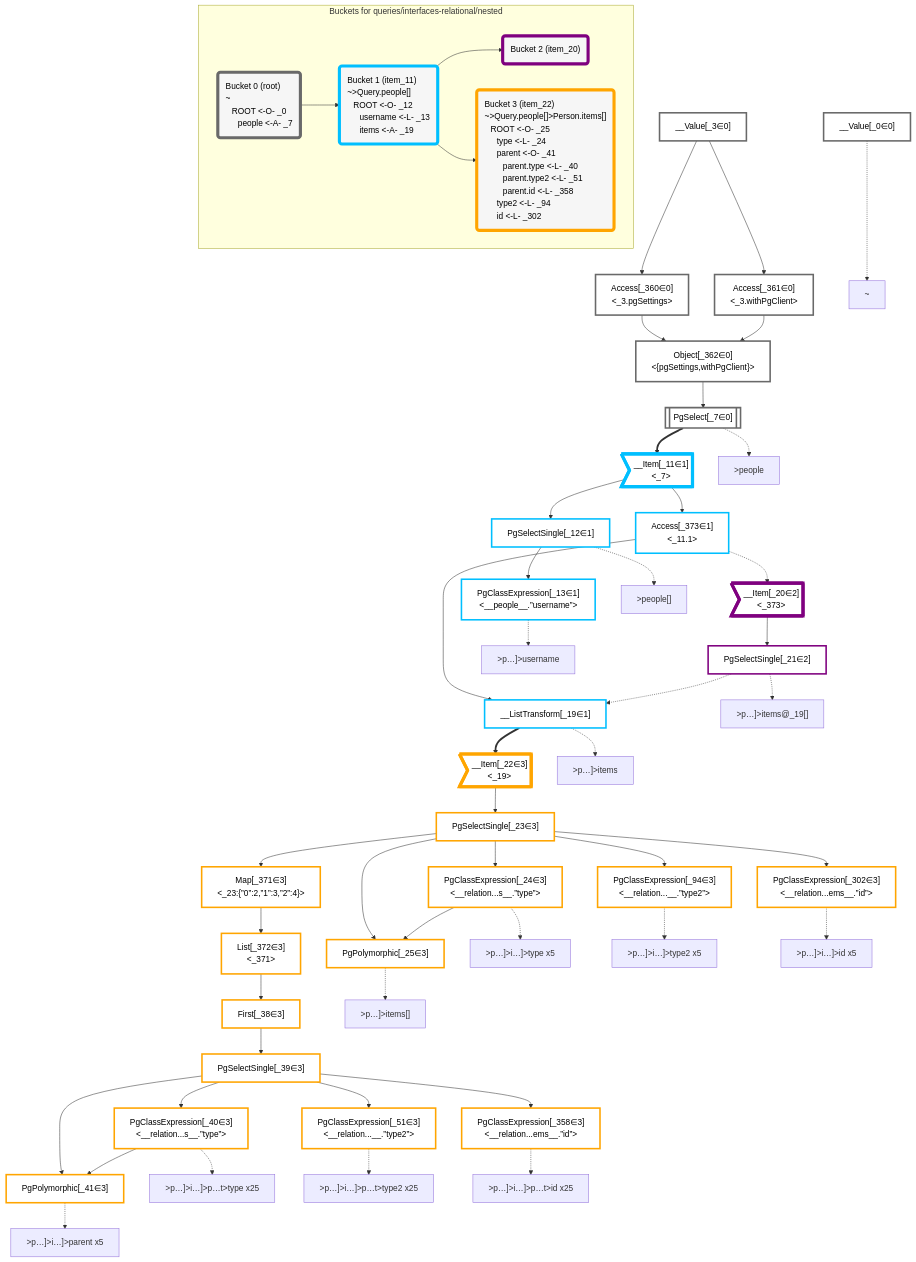
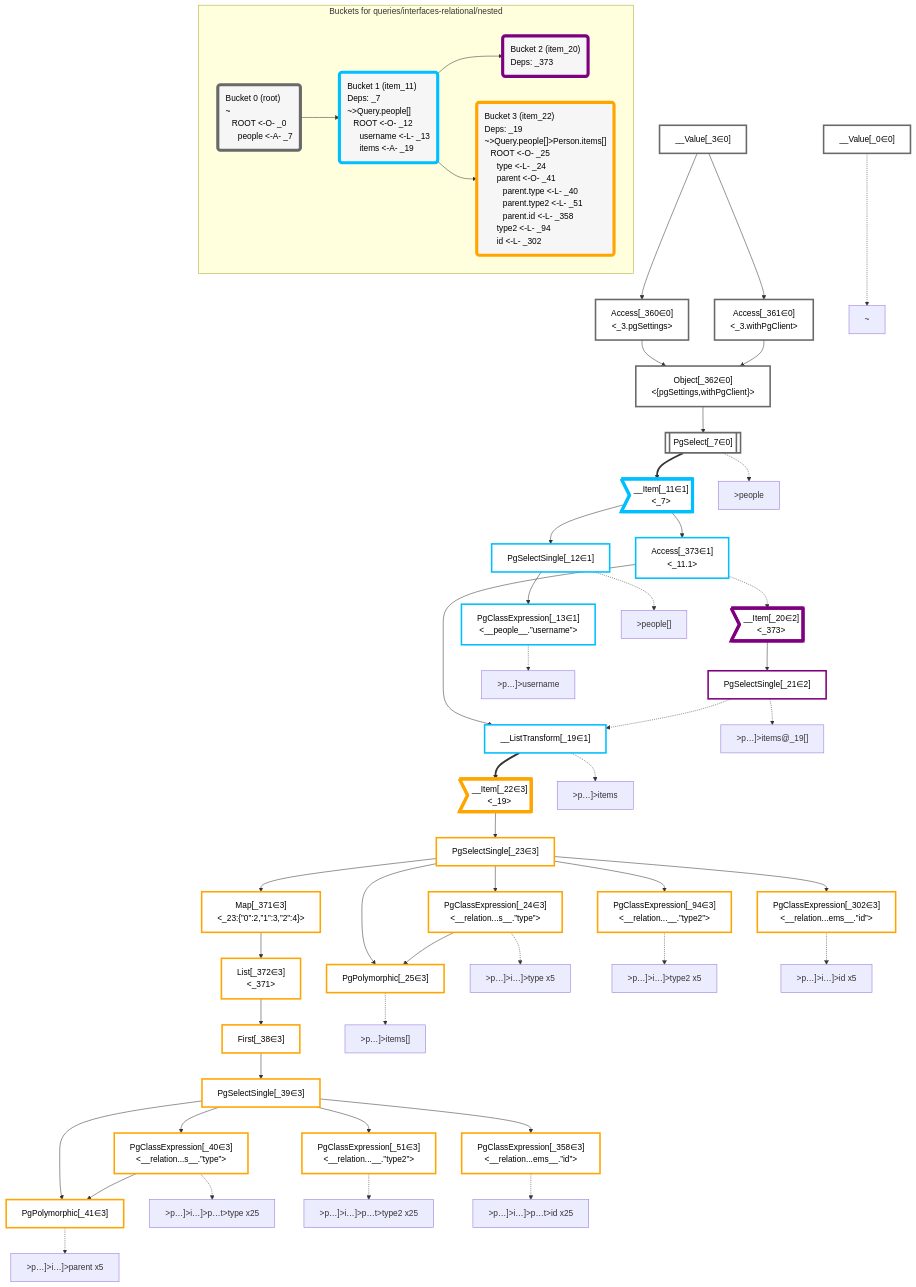
Before and after one commit to graphile/crystal: the diagram in packages/dataplan-pg/__tests__/queries/interfaces-relational/nested.mermaid.md, drawn with Mermaid. The commit also changed 157 other files, not shown here.

Commit message:
Add deps to all query snapshots

```diff
--- a/packages/dataplan-pg/__tests__/queries/interfaces-relational/nested.mermaid.md
+++ b/packages/dataplan-pg/__tests__/queries/interfaces-relational/nested.mermaid.md
@@ -110,13 +110,13 @@
     subgraph "Buckets for queries/interfaces-relational/nested"
     Bucket0("Bucket 0 (root)<br />~<br />⠀ROOT <-O- _0<br />⠀⠀people <-A- _7"):::bucket
     style Bucket0 stroke:#696969
-    Bucket1("Bucket 1 (item_11)<br />~>Query.people[]<br />⠀ROOT <-O- _12<br />⠀⠀username <-L- _13<br />⠀⠀items <-A- _19"):::bucket
+    Bucket1("Bucket 1 (item_11)<br />Deps: _7<br />~>Query.people[]<br />⠀ROOT <-O- _12<br />⠀⠀username <-L- _13<br />⠀⠀items <-A- _19"):::bucket
     style Bucket1 stroke:#00bfff
     Bucket0 --> Bucket1
-    Bucket2("Bucket 2 (item_20)"):::bucket
+    Bucket2("Bucket 2 (item_20)<br />Deps: _373"):::bucket
     style Bucket2 stroke:#7f007f
     Bucket1 --> Bucket2
-    Bucket3("Bucket 3 (item_22)<br />~>Query.people[]>Person.items[]<br />⠀ROOT <-O- _25<br />⠀⠀type <-L- _24<br />⠀⠀parent <-O- _41<br />⠀⠀⠀parent.type <-L- _40<br />⠀⠀⠀parent.type2 <-L- _51<br />⠀⠀⠀parent.id <-L- _358<br />⠀⠀type2 <-L- _94<br />⠀⠀id <-L- _302"):::bucket
+    Bucket3("Bucket 3 (item_22)<br />Deps: _19<br />~>Query.people[]>Person.items[]<br />⠀ROOT <-O- _25<br />⠀⠀type <-L- _24<br />⠀⠀parent <-O- _41<br />⠀⠀⠀parent.type <-L- _40<br />⠀⠀⠀parent.type2 <-L- _51<br />⠀⠀⠀parent.id <-L- _358<br />⠀⠀type2 <-L- _94<br />⠀⠀id <-L- _302"):::bucket
     style Bucket3 stroke:#ffa500
     Bucket1 --> Bucket3
     end
```
